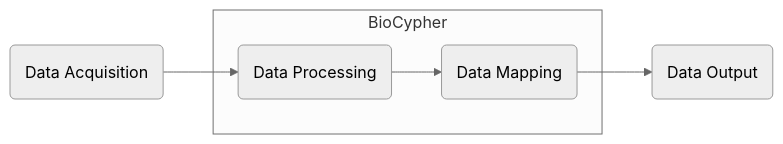
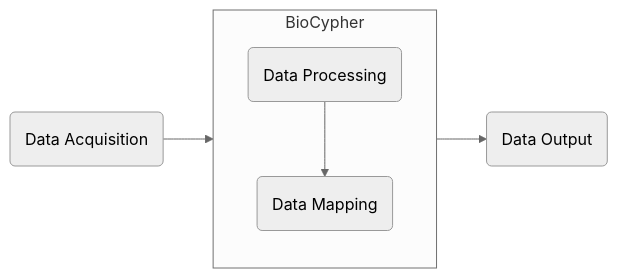
Before and after one commit to HealthECCO/community-resources: the second of 2 diagrams in README.md, drawn with Mermaid (neutral theme). The commit also changed other lines of this file, not shown here.

````diff
--- a/README.md
+++ b/README.md
@@ -12,9 +12,10 @@
 ```mermaid
   graph LR; 
       DA(Data Acquisition)-->DP(Data Processing);
       subgraph BioCypher
+      direction TB
         DP-->DM(Data Mapping);
       end
       DM-->DO(Data Output);
     click DA "https://www.github.com"
 ```
````
